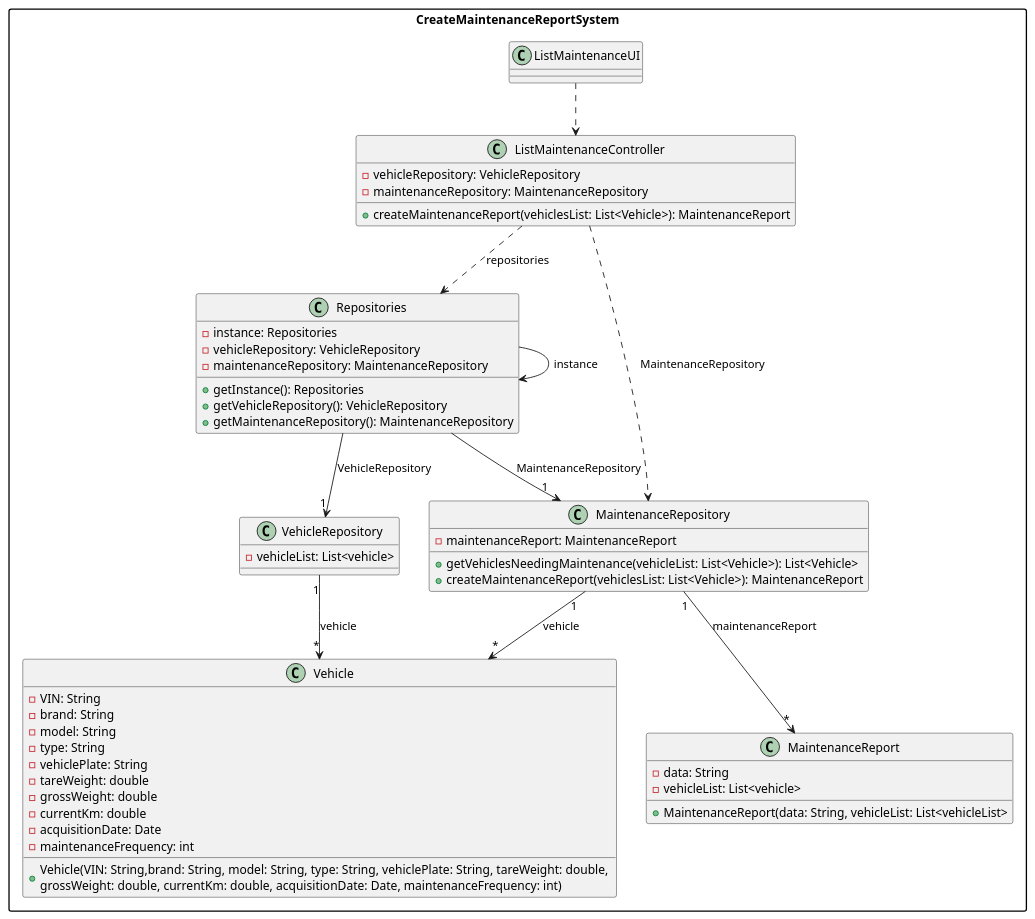
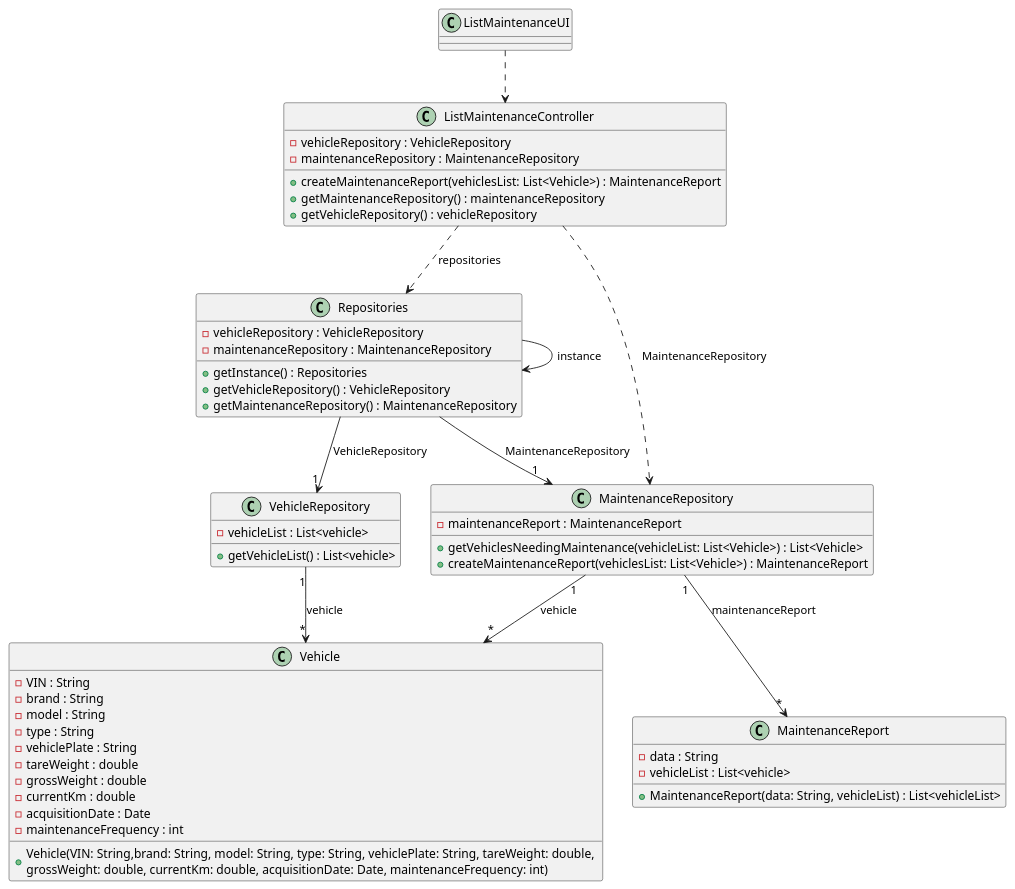
One commit to ricardomm7/leaflink changed the diagram in docs/sprintB/us008/03.design/puml/us008-class-diagram.puml. Above: the diagram before and after it, drawn with PlantUML. The commit also changed 9 other files, not shown here.

```diff
--- a/docs/sprintB/us008/03.design/puml/us008-class-diagram.puml
+++ b/docs/sprintB/us008/03.design/puml/us008-class-diagram.puml
@@ -1,74 +1,77 @@
 @startuml
 skinparam packageStyle rectangle
 skinparam shadowing false
 skinparam line type polyline
 
-package CreateMaintenanceReportSystem {
 class ListMaintenanceUI{
 }
 
 class ListMaintenanceController {
-    - vehicleRepository: VehicleRepository
-    - maintenanceRepository: MaintenanceRepository
+    - vehicleRepository : VehicleRepository
+    - maintenanceRepository : MaintenanceRepository
 
-    + createMaintenanceReport(vehiclesList: List<Vehicle>): MaintenanceReport
+
+    + createMaintenanceReport(vehiclesList: List<Vehicle>) : MaintenanceReport
+    + getMaintenanceRepository() : maintenanceRepository
+    + getVehicleRepository() : vehicleRepository
 }
 
 class Repositories {
-    - instance: Repositories
-    - vehicleRepository: VehicleRepository
-    - maintenanceRepository: MaintenanceRepository
+    - vehicleRepository : VehicleRepository
+    - maintenanceRepository : MaintenanceRepository
 
-    + getInstance(): Repositories
-    + getVehicleRepository(): VehicleRepository
-    + getMaintenanceRepository(): MaintenanceRepository
+    + getInstance() : Repositories
+    + getVehicleRepository() : VehicleRepository
+    + getMaintenanceRepository() : MaintenanceRepository
 }
 
 class VehicleRepository {
-    - vehicleList: List<vehicle>
+    - vehicleList : List<vehicle>
+
+    + getVehicleList() : List<vehicle>
 
 }
 
 class MaintenanceRepository {
-    - maintenanceReport: MaintenanceReport
+    - maintenanceReport : MaintenanceReport
 
-    + getVehiclesNeedingMaintenance(vehicleList: List<Vehicle>): List<Vehicle>
-    + createMaintenanceReport(vehiclesList: List<Vehicle>): MaintenanceReport
+    + getVehiclesNeedingMaintenance(vehicleList: List<Vehicle>) : List<Vehicle>
+    + createMaintenanceReport(vehiclesList: List<Vehicle>) : MaintenanceReport
 }
 
 class Vehicle {
-     - VIN: String
-     - brand: String
-     - model: String
-     - type: String
-     - vehiclePlate: String
-     - tareWeight: double
-     - grossWeight: double
-     - currentKm: double
-     - acquisitionDate: Date
-     - maintenanceFrequency: int
+     - VIN : String
+     - brand : String
+     - model : String
+     - type : String
+     - vehiclePlate : String
+     - tareWeight : double
+     - grossWeight : double
+     - currentKm : double
+     - acquisitionDate : Date
+     - maintenanceFrequency : int
 
     + Vehicle(VIN: String,brand: String, model: String, type: String, vehiclePlate: String, tareWeight: double, \ngrossWeight: double, currentKm: double, acquisitionDate: Date, maintenanceFrequency: int)
 }
 
 
 
 class MaintenanceReport {
-    - data: String
-    - vehicleList: List<vehicle>
+    - data : String
+    - vehicleList : List<vehicle>
 
-    + MaintenanceReport(data: String, vehicleList: List<vehicleList>
+    + MaintenanceReport(data: String, vehicleList) : List<vehicleList>
 
 }
 
 ListMaintenanceUI ..> ListMaintenanceController
 ListMaintenanceController ..> Repositories: repositories
 Repositories --> Repositories: instance
 ListMaintenanceController ..> MaintenanceRepository: MaintenanceRepository
 Repositories --> "1"VehicleRepository: VehicleRepository
 Repositories --> "1"MaintenanceRepository: MaintenanceRepository
 VehicleRepository "1"--> "*"Vehicle: vehicle
 MaintenanceRepository "1"--> "*"Vehicle: vehicle
 MaintenanceRepository "1"-->"*" MaintenanceReport: maintenanceReport
 }
 @enduml
```
